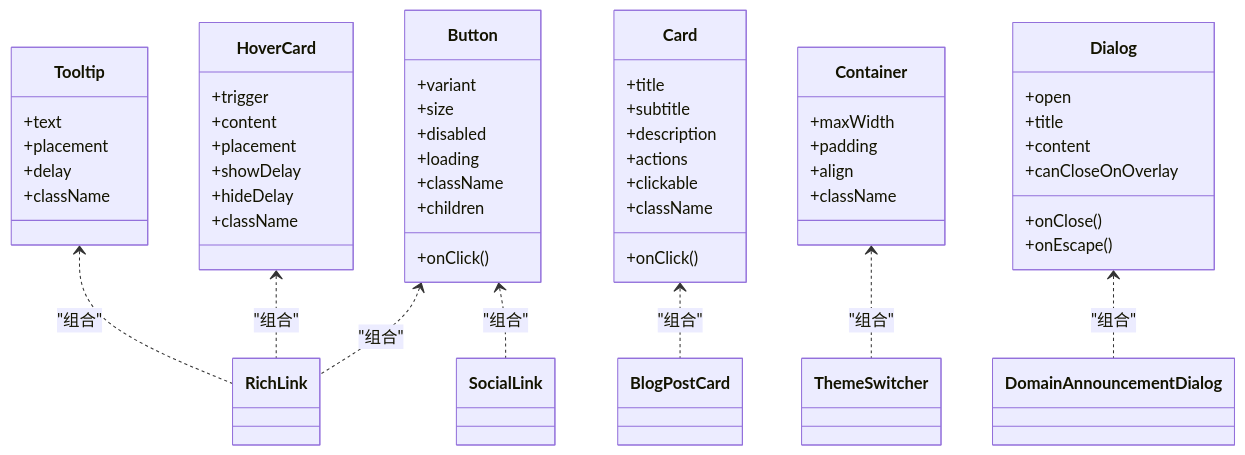
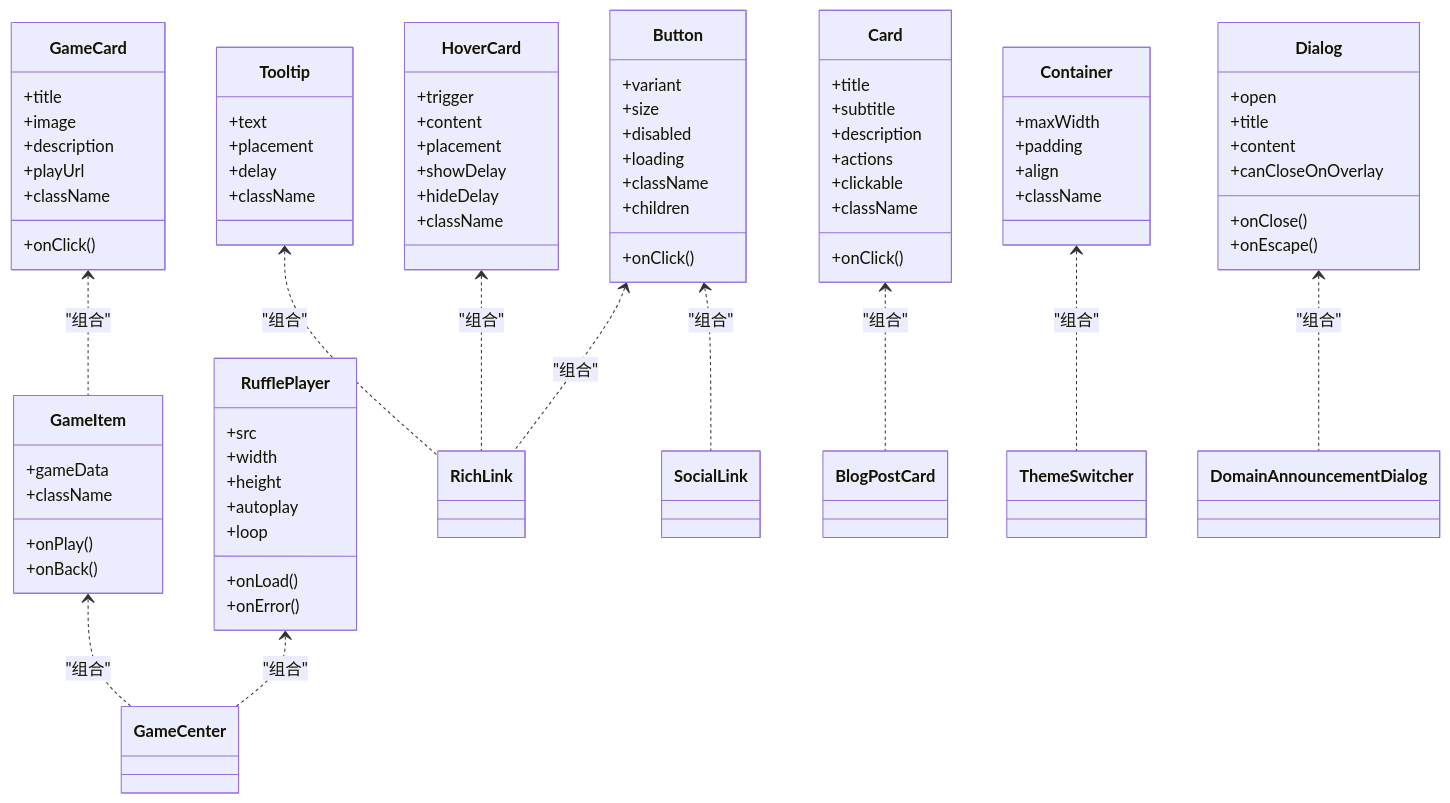
The second of 13 diagrams in .qoder/repowiki/zh/content/架构设计/组件系统设计.md (KTBOY/cali.so), drawn with Mermaid before and after one commit. The commit also changed other lines of this file and 11 other files, not shown here.

````diff
--- a/.qoder/repowiki/zh/content/架构设计/组件系统设计.md
+++ b/.qoder/repowiki/zh/content/架构设计/组件系统设计.md
@@ -263,56 +294,82 @@
 ```mermaid
 classDiagram
 class Button {
 +variant
 +size
 +disabled
 +loading
 +className
 +children
 +onClick()
 }
 class Card {
 +title
 +subtitle
 +description
 +actions
 +clickable
 +onClick()
 +className
 }
 class Container {
 +maxWidth
 +padding
 +align
 +className
 }
 class Dialog {
 +open
 +onClose()
 +title
 +content
 +canCloseOnOverlay
 +onEscape()
 }
 class HoverCard {
 +trigger
 +content
 +placement
 +showDelay
 +hideDelay
 +className
 }
 class Tooltip {
 +text
 +placement
 +delay
 +className
 }
+class RufflePlayer {
++src
++width
++height
++autoplay
++loop
++onLoad()
++onError()
+}
+class GameCard {
++title
++image
++description
++playUrl
++onClick()
++className
+}
+class GameItem {
++gameData
++onPlay()
++onBack()
++className
+}
 Button <.. RichLink : "组合"
 Button <.. SocialLink : "组合"
 Card <.. BlogPostCard : "组合"
 Container <.. ThemeSwitcher : "组合"
 Dialog <.. DomainAnnouncementDialog : "组合"
 HoverCard <.. RichLink : "组合"
 Tooltip <.. RichLink : "组合"
+RufflePlayer <.. GameCenter : "组合"
+GameCard <.. GameItem : "组合"
+GameItem <.. GameCenter : "组合"
 ```
````
